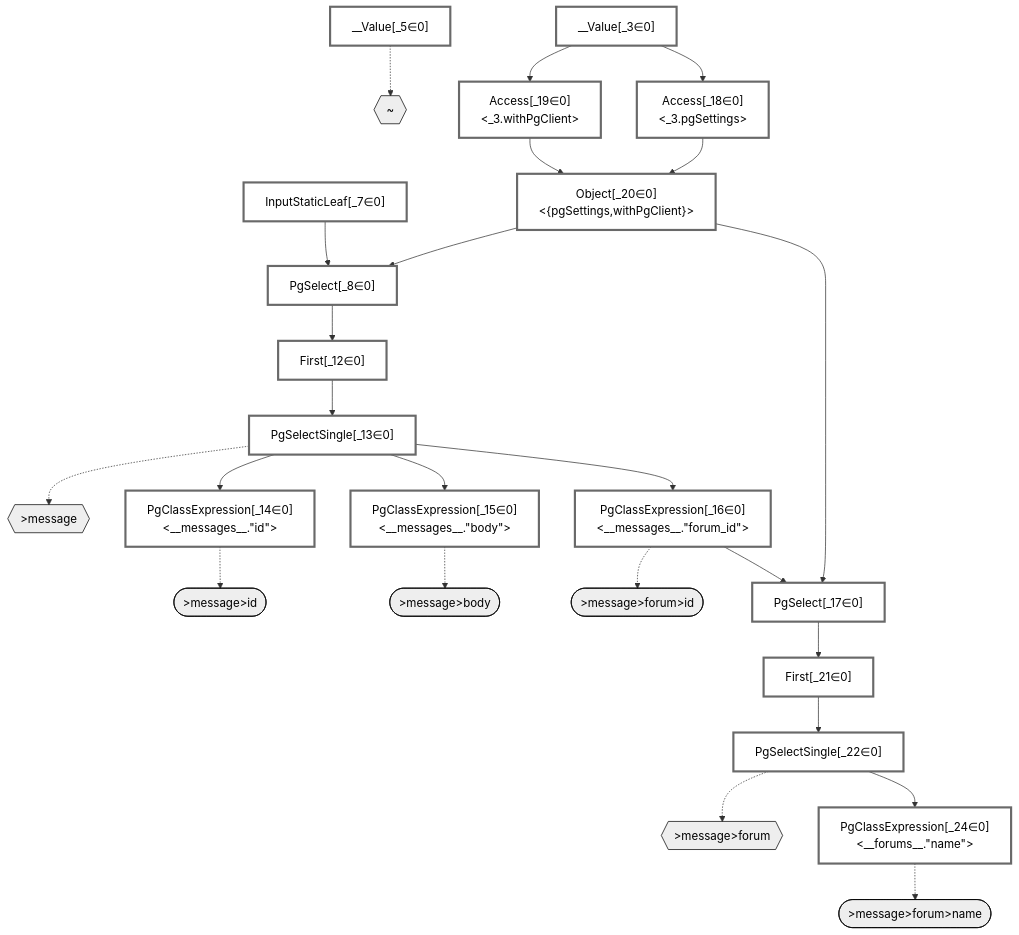
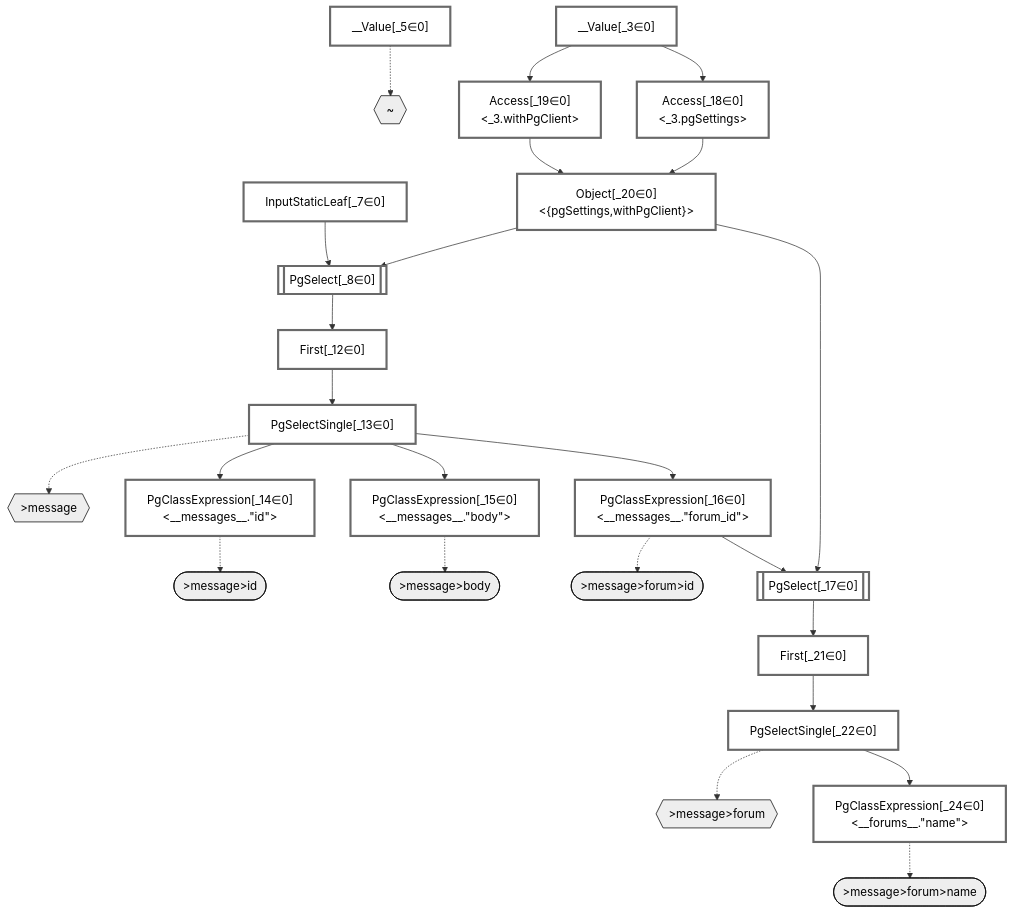
Before and after one commit to graphile/crystal: the diagram in packages/dataplan-pg/__tests__/queries/relations/basics.deopt.mermaid.md, drawn with Mermaid. The commit also changed 195 other files, not shown here.

````diff
--- a/packages/dataplan-pg/__tests__/queries/relations/basics.deopt.mermaid.md
+++ b/packages/dataplan-pg/__tests__/queries/relations/basics.deopt.mermaid.md
@@ -1,72 +1,72 @@
 ```mermaid
 graph TD
     classDef path fill:#eee,stroke:#000,color:#000
     classDef plan fill:#fff,stroke-width:3px,color:#000
     classDef itemplan fill:#fff,stroke-width:6px,color:#000
     classDef sideeffectplan fill:#f00,stroke-width:6px,color:#000
 
     %% subgraph fields
     P1{{"~"}}:::path
     P2{{">message"}}:::path
     P3([">message>id"]):::path
     %% P2 -.-> P3
     P4([">message>body"]):::path
     %% P2 -.-> P4
     P5{{">message>forum"}}:::path
     P6([">message>forum>id"]):::path
     %% P5 -.-> P6
     P7([">message>forum>name"]):::path
     %% P5 -.-> P7
     %% P2 -.-> P5
     %% P1 -.-> P2
     %% end
 
     %% define plans
     __Value_3["__Value[_3∈0]<br /><context>"]:::plan
     __Value_5["__Value[_5∈0]<br /><rootValue>"]:::plan
     InputStaticLeaf_7["InputStaticLeaf[_7∈0]"]:::plan
-    PgSelect_8["PgSelect[_8∈0]<br /><messages>"]:::plan
+    PgSelect_8[["PgSelect[_8∈0]<br /><messages>"]]:::plan
     First_12["First[_12∈0]"]:::plan
     PgSelectSingle_13["PgSelectSingle[_13∈0]<br /><messages>"]:::plan
     PgClassExpression_14["PgClassExpression[_14∈0]<br /><__messages__.#quot;id#quot;>"]:::plan
     PgClassExpression_15["PgClassExpression[_15∈0]<br /><__messages__.#quot;body#quot;>"]:::plan
     PgClassExpression_16["PgClassExpression[_16∈0]<br /><__messages__.#quot;forum_id#quot;>"]:::plan
-    PgSelect_17["PgSelect[_17∈0]<br /><forums>"]:::plan
+    PgSelect_17[["PgSelect[_17∈0]<br /><forums>"]]:::plan
     Access_18["Access[_18∈0]<br /><_3.pgSettings>"]:::plan
     Access_19["Access[_19∈0]<br /><_3.withPgClient>"]:::plan
     Object_20["Object[_20∈0]<br /><{pgSettings,withPgClient}>"]:::plan
     First_21["First[_21∈0]"]:::plan
     PgSelectSingle_22["PgSelectSingle[_22∈0]<br /><forums>"]:::plan
     PgClassExpression_24["PgClassExpression[_24∈0]<br /><__forums__.#quot;name#quot;>"]:::plan
 
     %% plan dependencies
     Object_20 --> PgSelect_8
     InputStaticLeaf_7 --> PgSelect_8
     PgSelect_8 --> First_12
     First_12 --> PgSelectSingle_13
     PgSelectSingle_13 --> PgClassExpression_14
     PgSelectSingle_13 --> PgClassExpression_15
     PgSelectSingle_13 --> PgClassExpression_16
     Object_20 --> PgSelect_17
     PgClassExpression_16 --> PgSelect_17
     __Value_3 --> Access_18
     __Value_3 --> Access_19
     Access_18 --> Object_20
     Access_19 --> Object_20
     PgSelect_17 --> First_21
     First_21 --> PgSelectSingle_22
     PgSelectSingle_22 --> PgClassExpression_24
 
     %% plan-to-path relationships
     __Value_5 -.-> P1
     PgSelectSingle_13 -.-> P2
     PgClassExpression_14 -.-> P3
     PgClassExpression_15 -.-> P4
     PgSelectSingle_22 -.-> P5
     PgClassExpression_16 -.-> P6
     PgClassExpression_24 -.-> P7
 
     %% allocate buckets
     classDef bucket0 stroke:#696969
     class __Value_3,__Value_5,InputStaticLeaf_7,PgSelect_8,First_12,PgSelectSingle_13,PgClassExpression_14,PgClassExpression_15,PgClassExpression_16,PgSelect_17,Access_18,Access_19,Object_20,First_21,PgSelectSingle_22,PgClassExpression_24 bucket0
 ```
````
